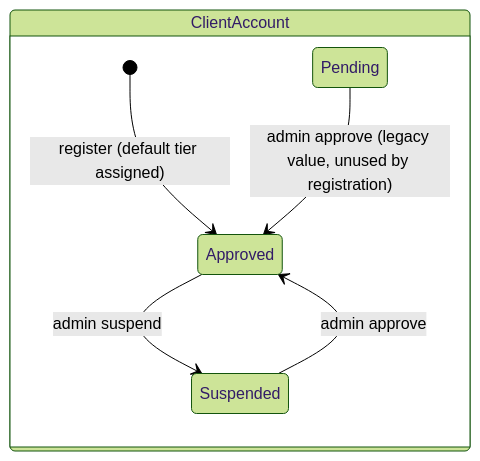
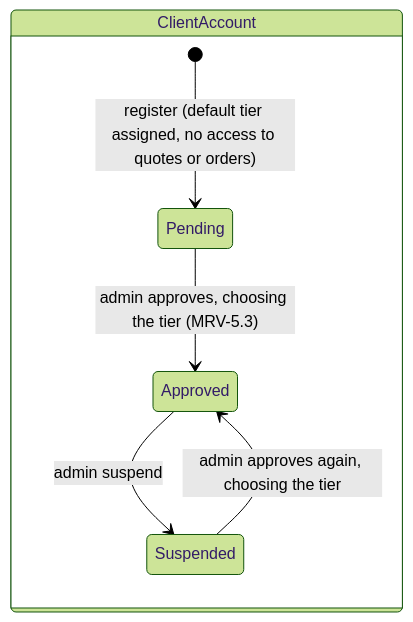
Before and after one commit to GucciVanin/MarviWebsite: the fifth of 12 diagrams in architecture.md, drawn with Mermaid (forest theme). The commit also changed other lines of this file and 16 other files, not shown here.

First line of the commit message:
MRV-5.3: approval is required, least privilege by default

````diff
--- a/architecture.md
+++ b/architecture.md
@@ -200,10 +200,10 @@
 ```mermaid
 stateDiagram-v2
     direction LR
     state "ClientAccount" as C {
-        [*] --> Approved: register (default tier assigned)
+        [*] --> Pending: register (default tier assigned, no access to quotes or orders)
+        Pending --> Approved: admin approves, choosing the tier (MRV-5.3)
         Approved --> Suspended: admin suspend
-        Suspended --> Approved: admin approve
-        Pending --> Approved: admin approve (legacy value, unused by registration)
+        Suspended --> Approved: admin approves again, choosing the tier
     }
 ```
````
